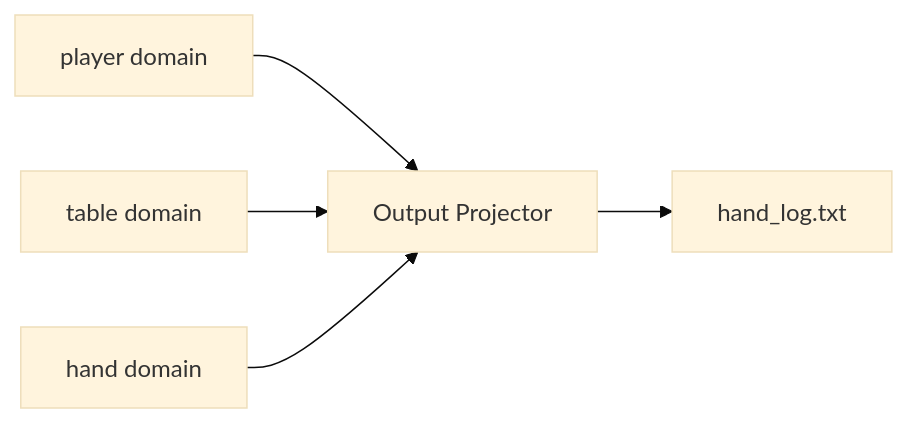
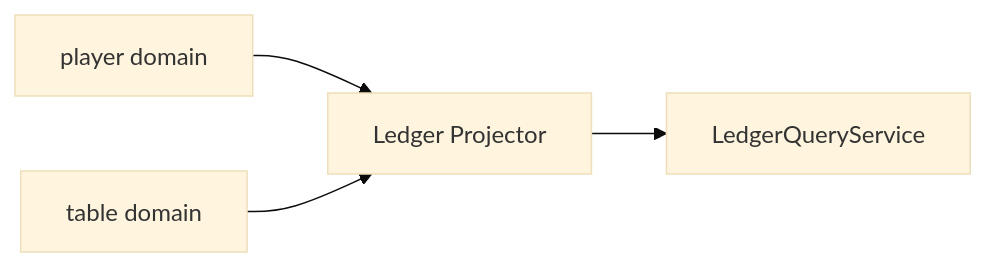
Before and after one commit to angzarr-io/angzarr-project: the diagram in site/src/content/docs/examples/projectors.mdx, drawn with Mermaid (base theme). The commit also changed other lines of this file and 30 other files, not shown here.

````diff
--- a/site/src/content/docs/examples/projectors.mdx
+++ b/site/src/content/docs/examples/projectors.mdx
@@ -27,7 +17,6 @@
 ```mermaid
 flowchart LR
-    P[player domain] --> O[Output Projector]
-    T[table domain] --> O
-    H[hand domain] --> O
-    O --> F[hand_log.txt]
+    P[player domain] --> L[Ledger Projector]
+    T[table domain] --> L
+    L --> Q[LedgerQueryService]
 ```
````
